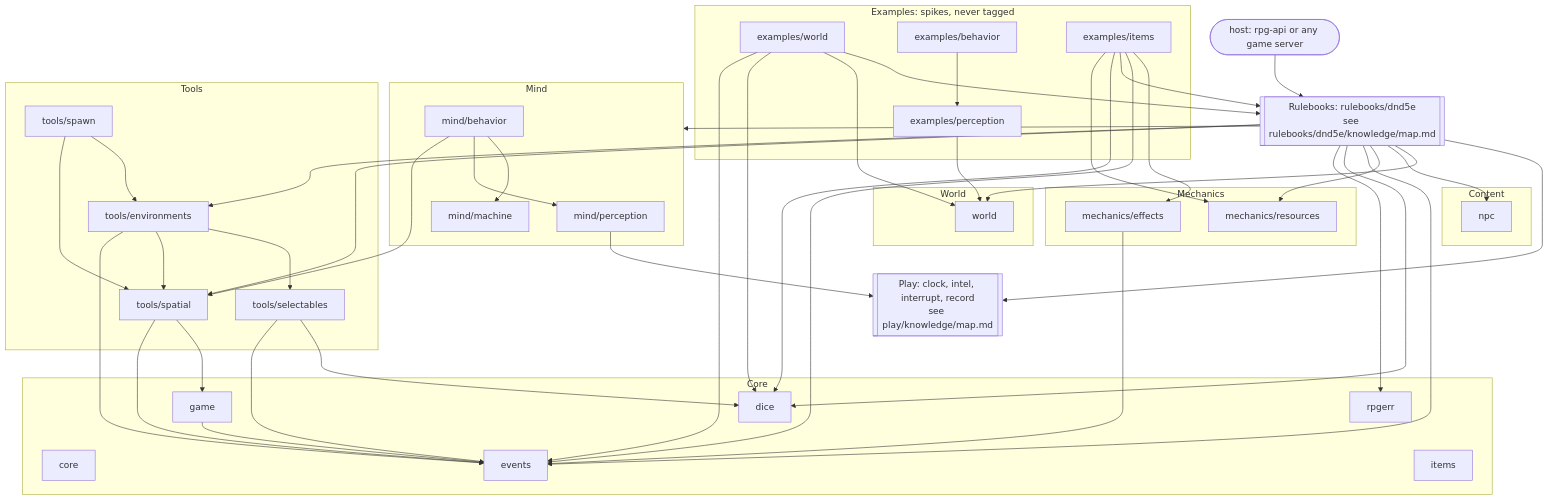
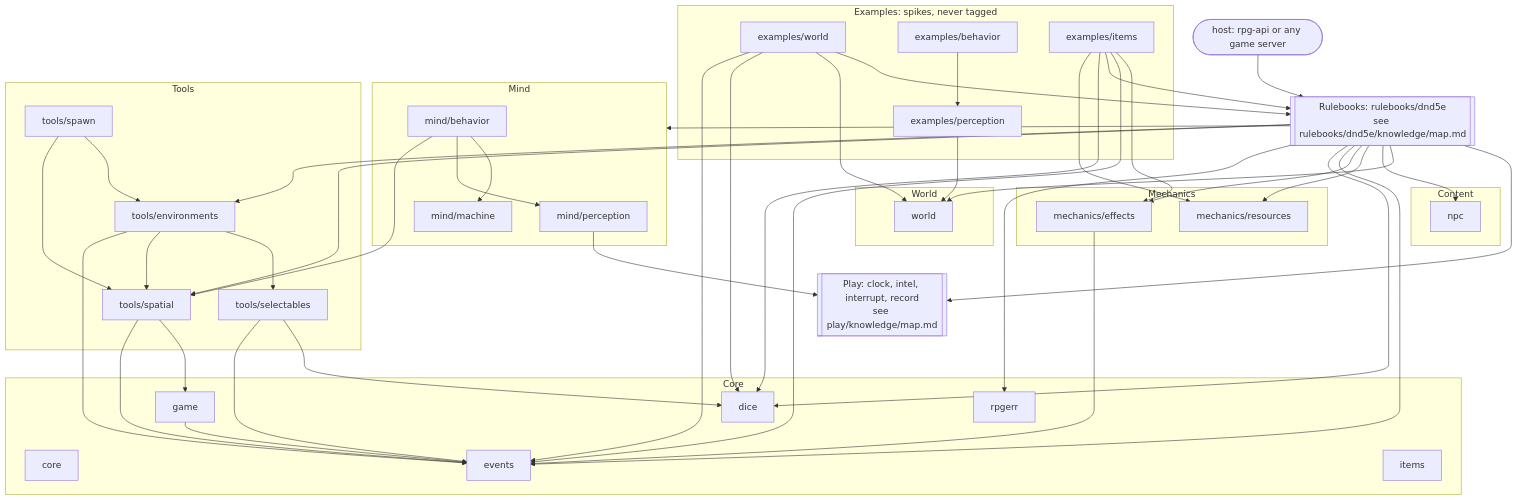
Before and after one commit to KirkDiggler/rpg-toolkit: the diagram in knowledge/map.md, drawn with Mermaid. The commit also changed 13 other files, not shown here.

````diff
--- a/knowledge/map.md
+++ b/knowledge/map.md
@@ -11,65 +11,65 @@
 ```mermaid
 flowchart TD
   HOST(["host: rpg-api or any game server"])
 
   subgraph EXAMPLES["Examples: spikes, never tagged"]
     EXW["examples/world"]
     EXP["examples/perception"]
     EXB["examples/behavior"]
     EXI["examples/items"]
   end
 
   RB[["Rulebooks: rulebooks/dnd5e<br/>see rulebooks/dnd5e/knowledge/map.md"]]
 
   subgraph MIND["Mind"]
     PERC["mind/perception"]
     BEH["mind/behavior"]
     MACH["mind/machine"]
   end
 
   PLAY[["Play: clock, intel, interrupt, record<br/>see play/knowledge/map.md"]]
 
   subgraph WORLDL["World"]
     WORLD["world"]
   end
 
   subgraph CONTENT["Content"]
     NPC["npc"]
   end
 
   subgraph TOOLS["Tools"]
     SPATIAL["tools/spatial"]
     ENV["tools/environments"]
     SEL["tools/selectables"]
     SPAWN["tools/spawn"]
   end
 
   subgraph MECH["Mechanics"]
     RES["mechanics/resources"]
     EFF["mechanics/effects"]
   end
 
   subgraph CORE["Core"]
     C["core"]
     EV["events"]
     DICE["dice"]
     GAME["game"]
     ERR["rpgerr"]
     ITEMS["items"]
   end
 
   HOST --> RB
   EXW --> RB & WORLD & DICE & EV
   EXP --> WORLD
   EXB --> EXP
   EXI --> EFF & EV & RB & DICE & RES
-  RB --> MIND & PLAY & WORLD & NPC & SPATIAL & ENV & RES & EV & DICE & ERR
+  RB --> MIND & PLAY & WORLD & NPC & SPATIAL & ENV & RES & EFF & EV & DICE & ERR
   BEH --> MACH & PERC & SPATIAL
   PERC --> PLAY
   SPAWN --> ENV & SPATIAL
   ENV --> SEL & SPATIAL & EV
   SEL --> DICE & EV
   SPATIAL --> GAME & EV
   GAME --> EV
   EFF --> EV
 ```
````
